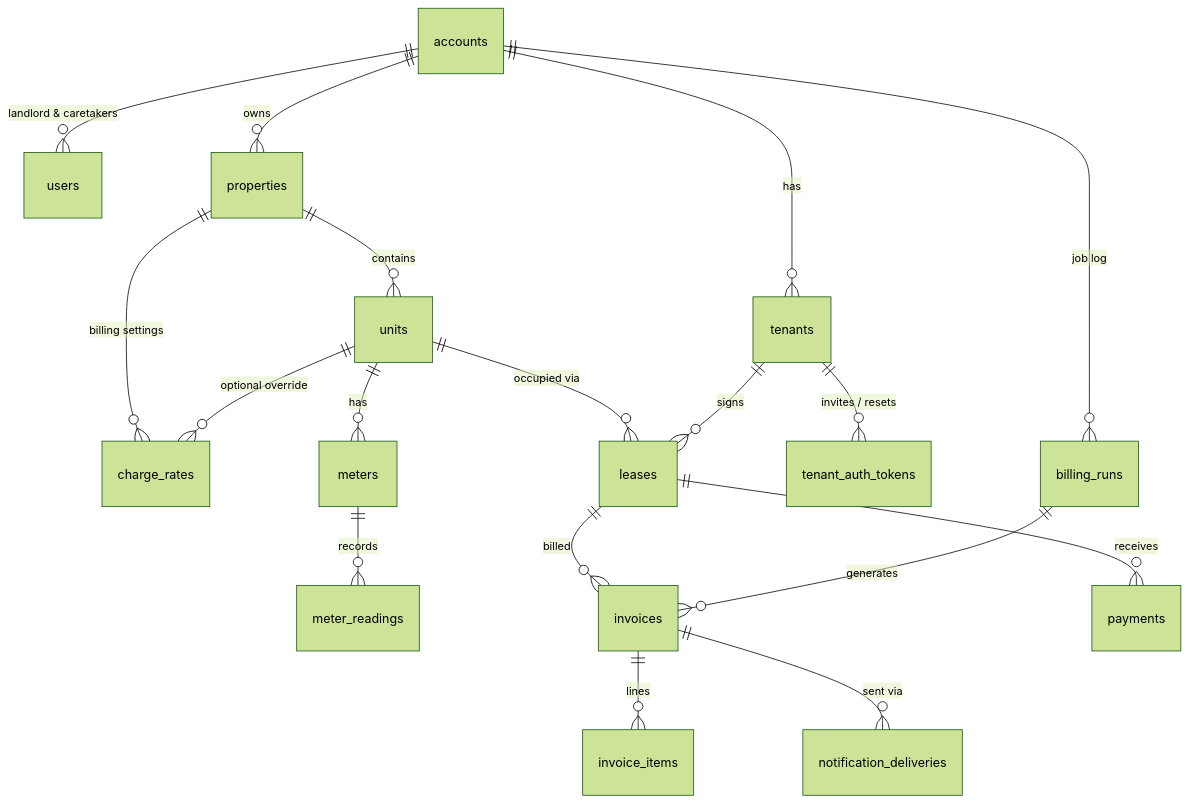
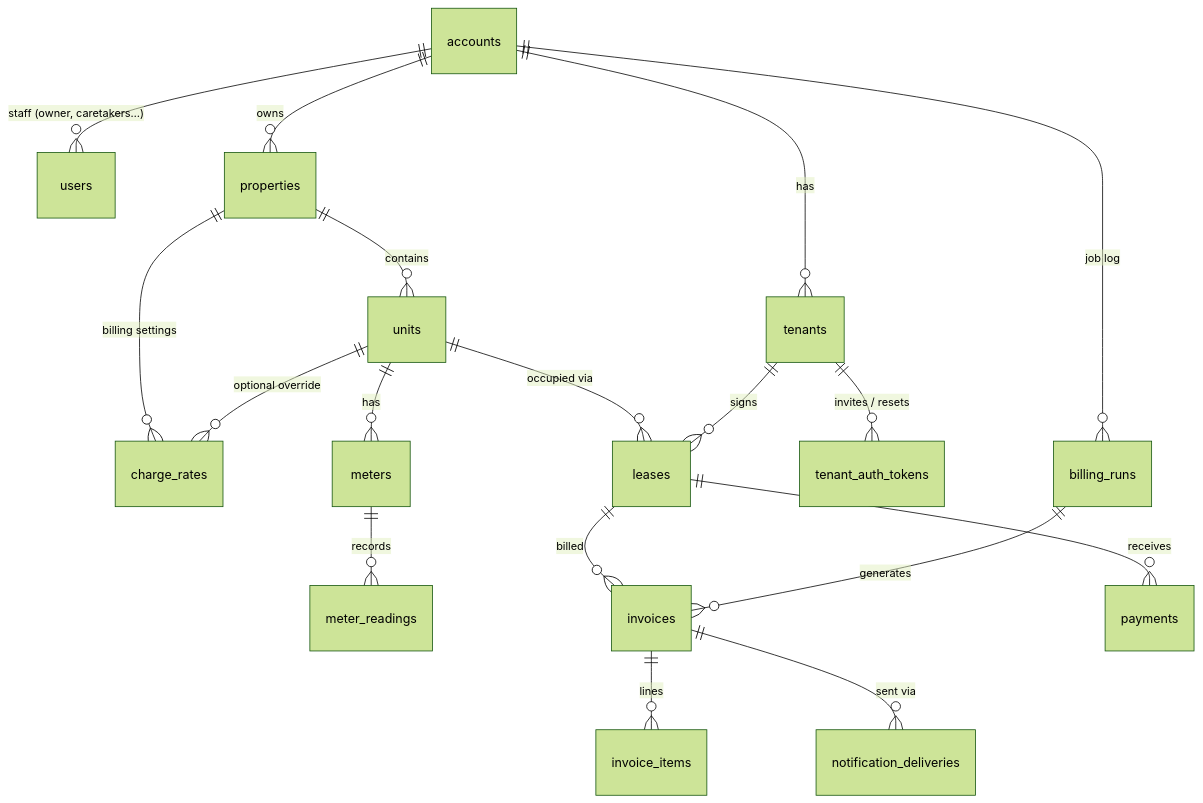
One commit to Tishtito/RentLara changed the diagram in docs/SCHEMA.md. Above: the diagram before and after it, drawn with Mermaid (forest theme). The commit also changed other lines of this file and 376 other files, not shown here.

````diff
--- a/docs/SCHEMA.md
+++ b/docs/SCHEMA.md
@@ -9,20 +9,20 @@
 ```mermaid
 erDiagram
-    accounts ||--o{ users : "landlord & caretakers"
+    accounts ||--o{ users : "staff (owner, caretakers…)"
     accounts ||--o{ properties : owns
     accounts ||--o{ tenants : "has"
     properties ||--o{ units : contains
     properties ||--o{ charge_rates : "billing settings"
     units ||--o{ charge_rates : "optional override"
     units ||--o{ meters : has
     meters ||--o{ meter_readings : records
     units ||--o{ leases : "occupied via"
     tenants ||--o{ leases : signs
     tenants ||--o{ tenant_auth_tokens : "invites / resets"
     leases ||--o{ invoices : billed
     invoices ||--o{ invoice_items : lines
     leases ||--o{ payments : receives
     accounts ||--o{ billing_runs : "job log"
     billing_runs ||--o{ invoices : generates
     invoices ||--o{ notification_deliveries : "sent via"
 ```
````
